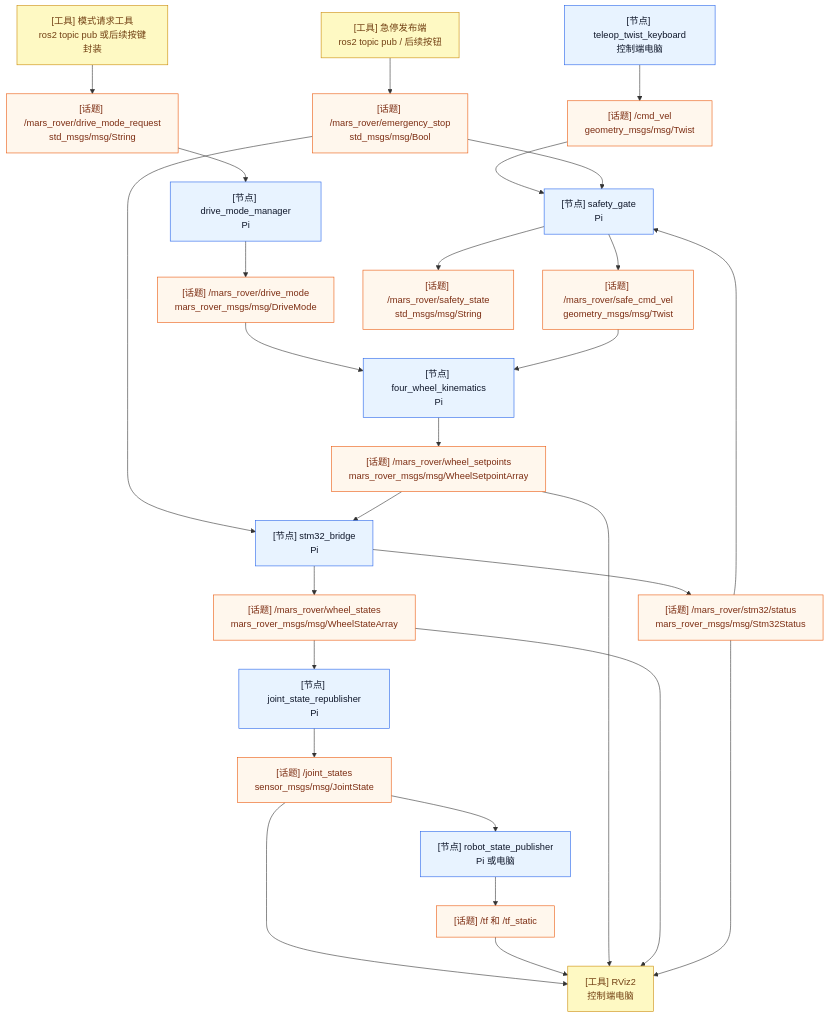
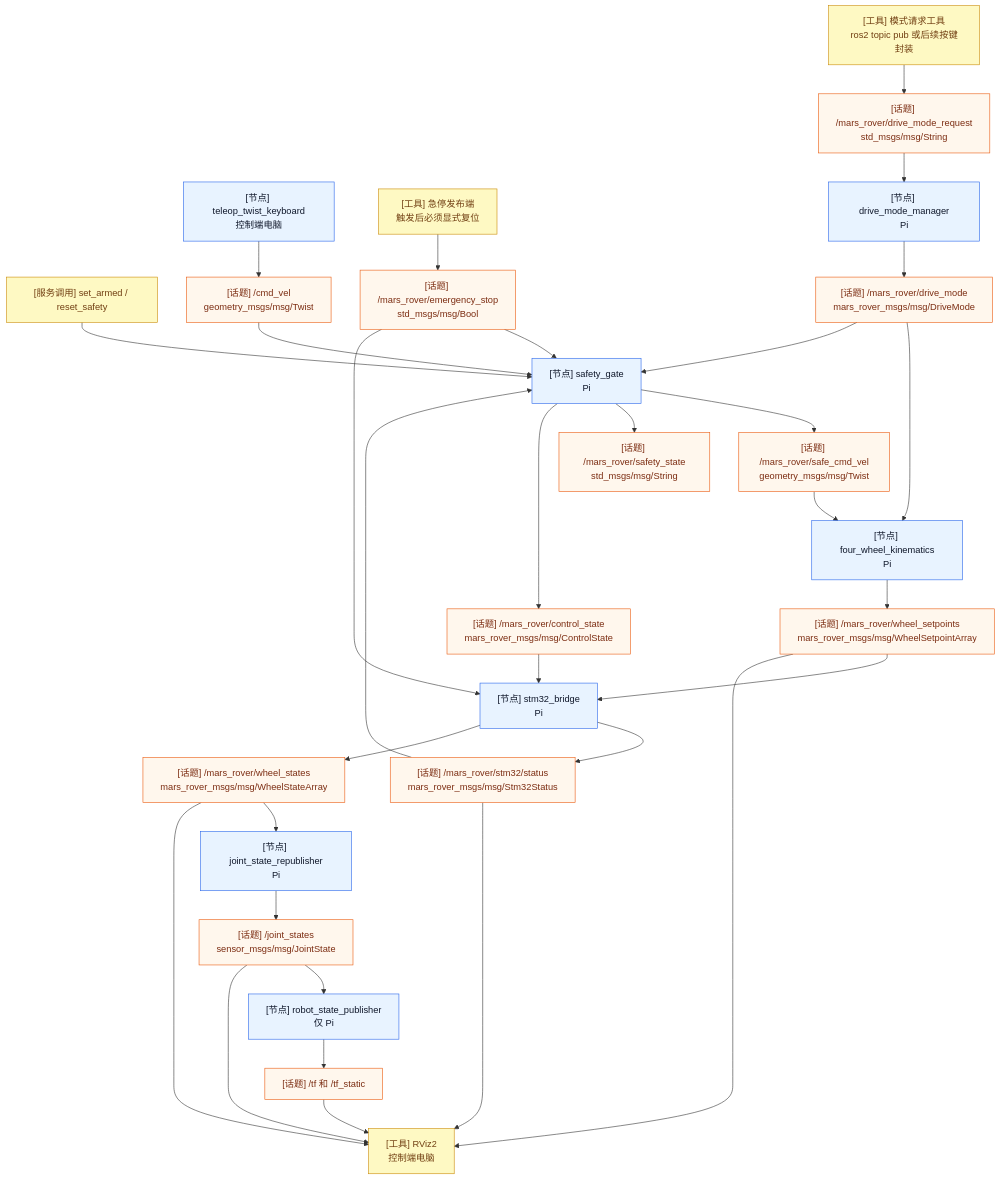
The second of 7 diagrams in docs/ROS2架构与节点关系图.md (lixiang-moss/rover), drawn with Mermaid before and after one commit. The commit also changed other lines of this file and 46 other files, not shown here.

Commit message:
Improve ROS 2 control safety and kinematics

````diff
--- a/docs/ROS2架构与节点关系图.md
+++ b/docs/ROS2架构与节点关系图.md
@@ -84,68 +84,74 @@
 ```mermaid
 flowchart TB
     TeleopNode["[节点] teleop_twist_keyboard\n控制端电脑"]
     ModeRequestTool["[工具] 模式请求工具\nros2 topic pub 或后续按键封装"]
-    EStopTool["[工具] 急停发布端\nros2 topic pub / 后续按钮"]
+    EStopTool["[工具] 急停发布端\n触发后必须显式复位"]
+    ArmTool["[服务调用] set_armed / reset_safety"]
 
     DriveModeNode["[节点] drive_mode_manager\nPi"]
     SafetyGateNode["[节点] safety_gate\nPi"]
     KinematicsNode["[节点] four_wheel_kinematics\nPi"]
     Stm32BridgeNode["[节点] stm32_bridge\nPi"]
     JointStateNode["[节点] joint_state_republisher\nPi"]
-    RobotStatePublisher["[节点] robot_state_publisher\nPi 或电脑"]
+    RobotStatePublisher["[节点] robot_state_publisher\n仅 Pi"]
     RViz["[工具] RViz2\n控制端电脑"]
 
     CmdVelTopic["[话题] /cmd_vel\ngeometry_msgs/msg/Twist"]
     ModeReqTopic["[话题] /mars_rover/drive_mode_request\nstd_msgs/msg/String"]
     ModeTopic["[话题] /mars_rover/drive_mode\nmars_rover_msgs/msg/DriveMode"]
     EStopTopic["[话题] /mars_rover/emergency_stop\nstd_msgs/msg/Bool"]
     SafeCmdTopic["[话题] /mars_rover/safe_cmd_vel\ngeometry_msgs/msg/Twist"]
     SafetyStateTopic["[话题] /mars_rover/safety_state\nstd_msgs/msg/String"]
+    ControlStateTopic["[话题] /mars_rover/control_state\nmars_rover_msgs/msg/ControlState"]
     WheelSetpointsTopic["[话题] /mars_rover/wheel_setpoints\nmars_rover_msgs/msg/WheelSetpointArray"]
     Stm32StatusTopic["[话题] /mars_rover/stm32/status\nmars_rover_msgs/msg/Stm32Status"]
     WheelStatesTopic["[话题] /mars_rover/wheel_states\nmars_rover_msgs/msg/WheelStateArray"]
     JointStatesTopic["[话题] /joint_states\nsensor_msgs/msg/JointState"]
     TfTopic["[话题] /tf 和 /tf_static"]
 
     TeleopNode --> CmdVelTopic
     CmdVelTopic --> SafetyGateNode
 
     ModeRequestTool --> ModeReqTopic
     ModeReqTopic --> DriveModeNode
     DriveModeNode --> ModeTopic
     ModeTopic --> KinematicsNode
+    ModeTopic --> SafetyGateNode
 
     EStopTool --> EStopTopic
     EStopTopic --> SafetyGateNode
     EStopTopic --> Stm32BridgeNode
 
     Stm32StatusTopic --> SafetyGateNode
     SafetyGateNode --> SafeCmdTopic
     SafetyGateNode --> SafetyStateTopic
+    SafetyGateNode --> ControlStateTopic
+    ArmTool --> SafetyGateNode
 
     SafeCmdTopic --> KinematicsNode
     KinematicsNode --> WheelSetpointsTopic
     WheelSetpointsTopic --> Stm32BridgeNode
+    ControlStateTopic --> Stm32BridgeNode
 
     Stm32BridgeNode --> Stm32StatusTopic
     Stm32BridgeNode --> WheelStatesTopic
 
     WheelStatesTopic --> JointStateNode
     JointStateNode --> JointStatesTopic
 
     RobotStatePublisher --> TfTopic
     JointStatesTopic --> RobotStatePublisher
     JointStatesTopic --> RViz
     TfTopic --> RViz
     WheelSetpointsTopic --> RViz
     WheelStatesTopic --> RViz
     Stm32StatusTopic --> RViz
 
     classDef rosNode fill:#E8F3FF,stroke:#2563EB,color:#0F172A;
     classDef topic fill:#FFF7ED,stroke:#EA580C,color:#7C2D12;
     classDef tool fill:#FEF9C3,stroke:#CA8A04,color:#713F12;
 
     class TeleopNode,DriveModeNode,SafetyGateNode,KinematicsNode,Stm32BridgeNode,JointStateNode,RobotStatePublisher rosNode;
-    class CmdVelTopic,ModeReqTopic,ModeTopic,EStopTopic,SafeCmdTopic,SafetyStateTopic,WheelSetpointsTopic,Stm32StatusTopic,WheelStatesTopic,JointStatesTopic,TfTopic topic;
-    class ModeRequestTool,EStopTool,RViz tool;
+    class CmdVelTopic,ModeReqTopic,ModeTopic,EStopTopic,SafeCmdTopic,SafetyStateTopic,ControlStateTopic,WheelSetpointsTopic,Stm32StatusTopic,WheelStatesTopic,JointStatesTopic,TfTopic topic;
+    class ModeRequestTool,EStopTool,ArmTool,RViz tool;
 ```
````
